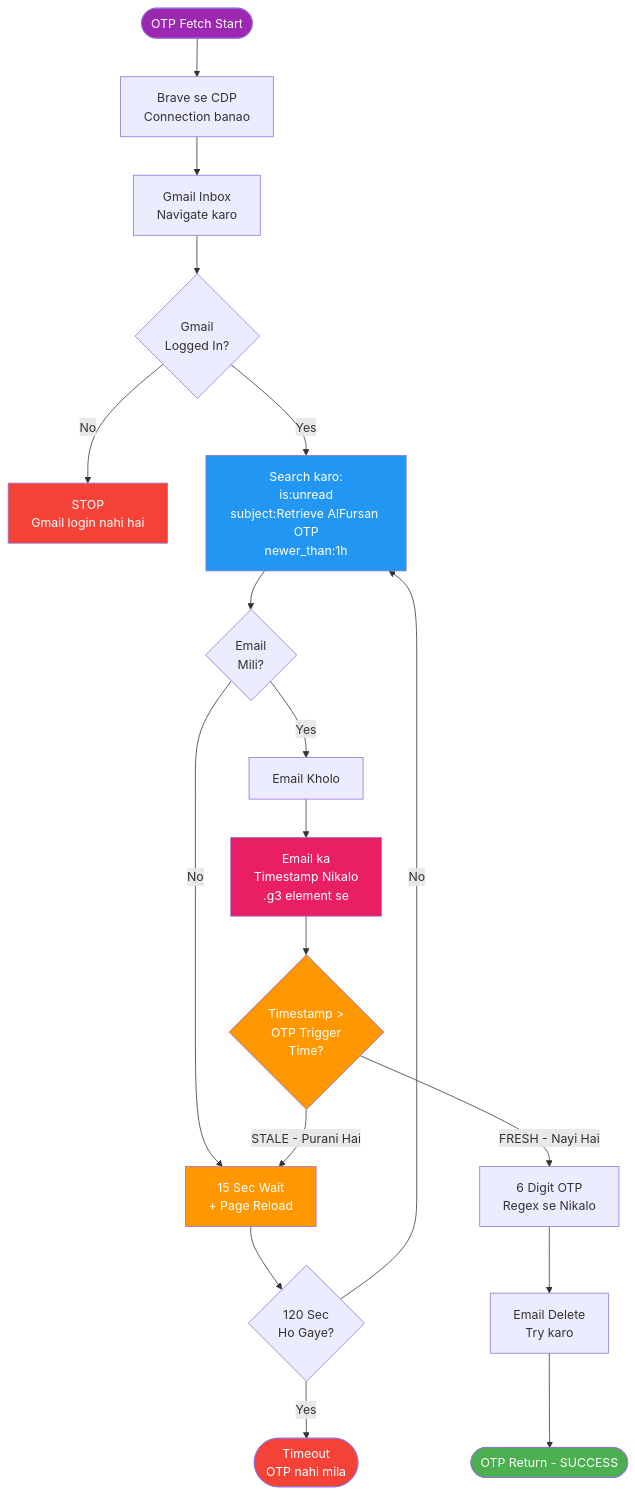
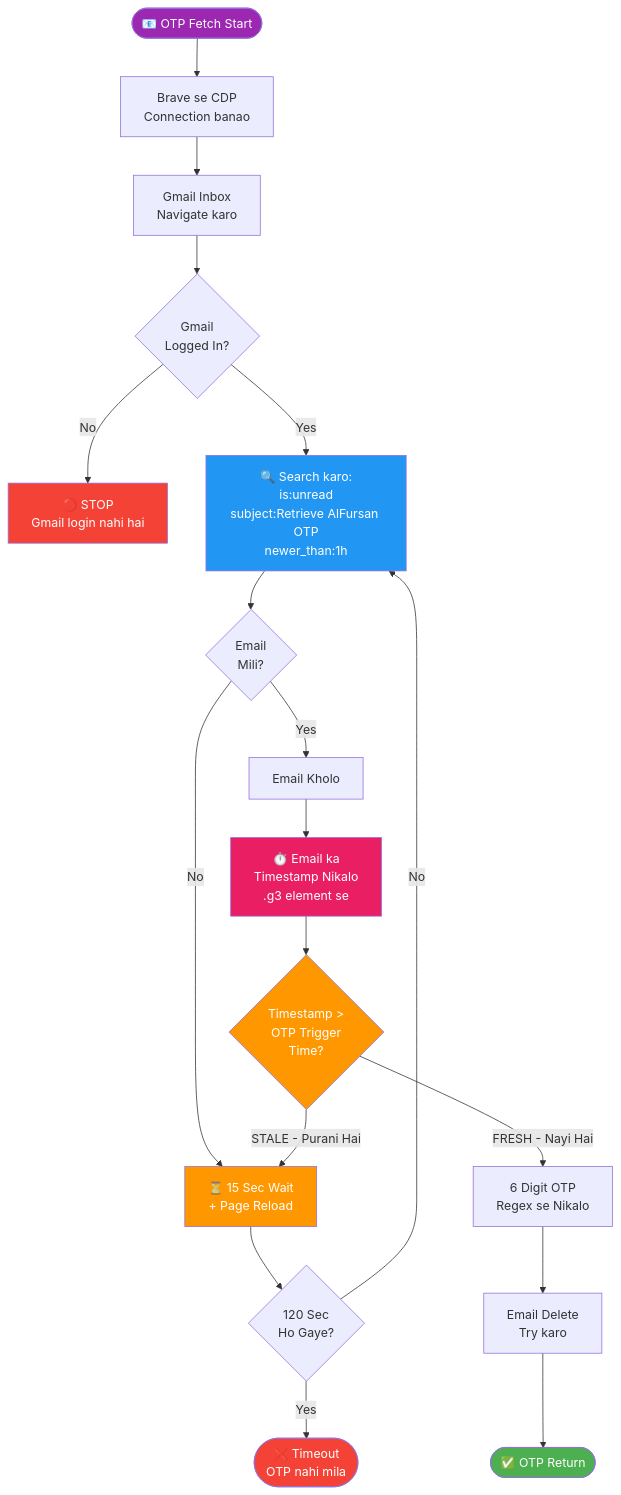
The second of 4 diagrams in FLOW.md (akarshlkosri-hub/saudiaautomation), drawn with Mermaid before and after one commit. The commit also changed other lines of this file and 15 other files, not shown here.

Commit message:
feat(saudia-automation): update flow, phone control, and dump scripts

````diff
--- a/FLOW.md
+++ b/FLOW.md
@@ -84,35 +434,35 @@
 ```mermaid
 flowchart TD
-    OTP_START(["OTP Fetch Start"])
-    OTP_START --> CDP["Brave se CDP\nConnection banao"]
-    CDP --> GMAIL["Gmail Inbox\nNavigate karo"]
-    GMAIL --> LOGIN_CHK{"Gmail\nLogged In?"}
-    LOGIN_CHK -->|No| GMAIL_ERR["STOP\nGmail login nahi hai"]
-    LOGIN_CHK -->|Yes| SEARCH["Search karo:\nis:unread\nsubject:Retrieve AlFursan OTP\nnewer_than:1h"]
+    OTP_START(["📧 OTP Fetch Start"])
+    OTP_START --> CDP["Brave se CDP<br/>Connection banao"]
+    CDP --> GMAIL["Gmail Inbox<br/>Navigate karo"]
+    GMAIL --> LOGIN_CHK{"Gmail<br/>Logged In?"}
+    LOGIN_CHK -->|No| GMAIL_ERR["🔴 STOP<br/>Gmail login nahi hai"]
+    LOGIN_CHK -->|Yes| SEARCH["🔍 Search karo:<br/>is:unread<br/>subject:Retrieve AlFursan OTP<br/>newer_than:1h"]
 
-    SEARCH --> FOUND{"Email\nMili?"}
+    SEARCH --> FOUND{"Email<br/>Mili?"}
     FOUND -->|No| WAIT_RELOAD
     FOUND -->|Yes| OPEN["Email Kholo"]
 
-    OPEN --> TIME_CHECK["Email ka\nTimestamp Nikalo\n.g3 element se"]
-    TIME_CHECK --> FRESH{"Timestamp >\nOTP Trigger\nTime?"}
+    OPEN --> TIME_CHECK["⏱️ Email ka<br/>Timestamp Nikalo<br/>.g3 element se"]
+    TIME_CHECK --> FRESH{"Timestamp ><br/>OTP Trigger<br/>Time?"}
 
-    FRESH -->|FRESH - Nayi Hai| EXTRACT["6 Digit OTP\nRegex se Nikalo"]
+    FRESH -->|FRESH - Nayi Hai| EXTRACT["6 Digit OTP<br/>Regex se Nikalo"]
     FRESH -->|STALE - Purani Hai| WAIT_RELOAD
 
-    EXTRACT --> DELETE["Email Delete\nTry karo"]
-    DELETE --> OTP_SUCCESS(["OTP Return - SUCCESS"])
+    EXTRACT --> DELETE["Email Delete<br/>Try karo"]
+    DELETE --> OTP_SUCCESS(["✅ OTP Return"])
 
-    WAIT_RELOAD["15 Sec Wait\n+ Page Reload"] --> TIMEOUT{"120 Sec\nHo Gaye?"}
+    WAIT_RELOAD["⏳ 15 Sec Wait<br/>+ Page Reload"] --> TIMEOUT{"120 Sec<br/>Ho Gaye?"}
     TIMEOUT -->|No| SEARCH
-    TIMEOUT -->|Yes| OTP_FAIL(["Timeout\nOTP nahi mila"])
+    TIMEOUT -->|Yes| OTP_FAIL(["❌ Timeout<br/>OTP nahi mila"])
 
     style OTP_START fill:#9C27B0,color:white
     style OTP_SUCCESS fill:#4CAF50,color:white
     style OTP_FAIL fill:#f44336,color:white
     style FRESH fill:#FF9800,color:white
     style WAIT_RELOAD fill:#FF9800,color:white
     style GMAIL_ERR fill:#f44336,color:white
     style SEARCH fill:#2196F3,color:white
     style TIME_CHECK fill:#E91E63,color:white
 ```
````
